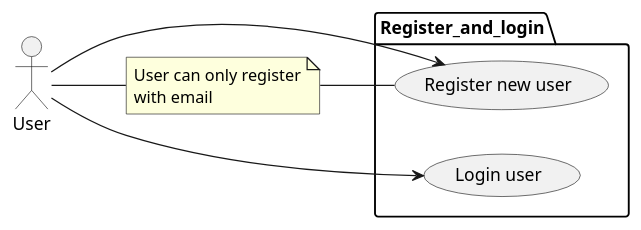
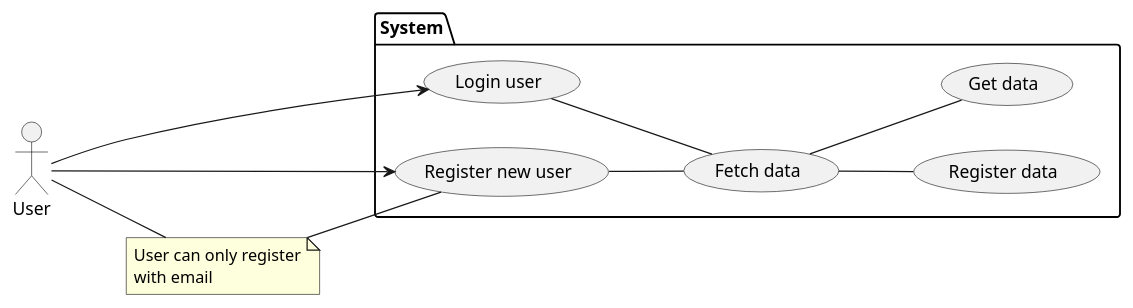
The diagram in Use_cases/Use_case_login.puml (Ataches/MiCosecha_Design), drawn with PlantUML before and after one commit. The commit also changed 3 other files, not shown here.

```diff
--- a/Use_cases/Use_case_login.puml
+++ b/Use_cases/Use_case_login.puml
@@ -1,20 +1,28 @@
 @startuml
 'https://plantuml.com/use-case-diagram
 left to right direction
 
 
-package Register_and_login{
+package System{
     (Register new user) as signup
     (Login user) as login
+
+    (Fetch data) as fetch
+    (Register data) as register
+    (Get data) as consult
 }
 
+User -> (login)
 User -> (signup)
-User -> (login)
 
+(login) -- fetch
+(signup) -- fetch
 
+fetch -- register
+fetch -- consult
 
 note "User can only register\nwith email" as N1
 (User) -- N1
 N1 -- (signup)
 
 @enduml
```
